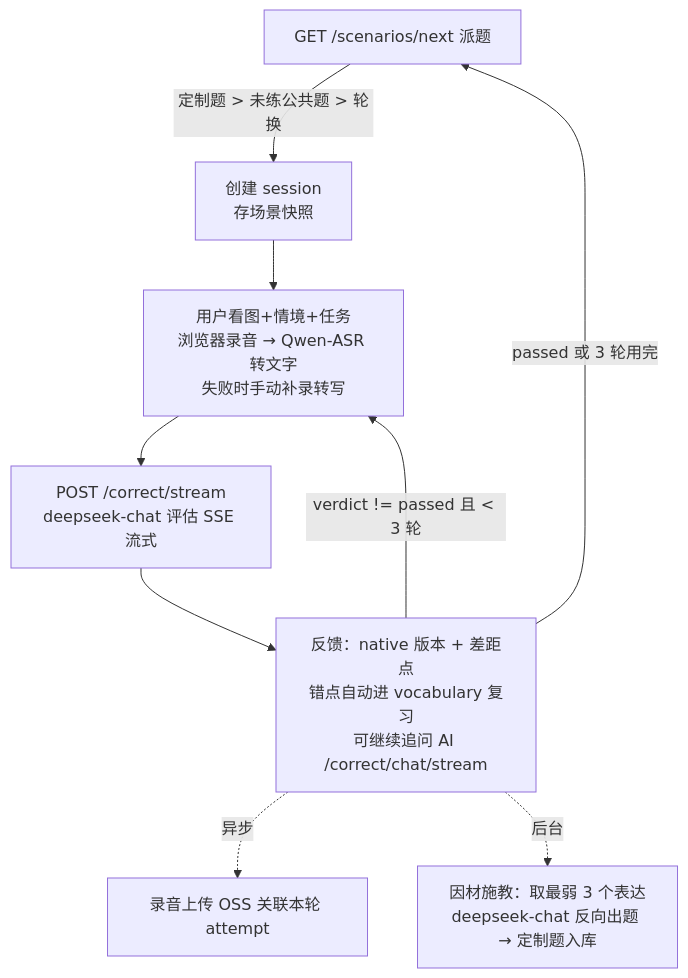
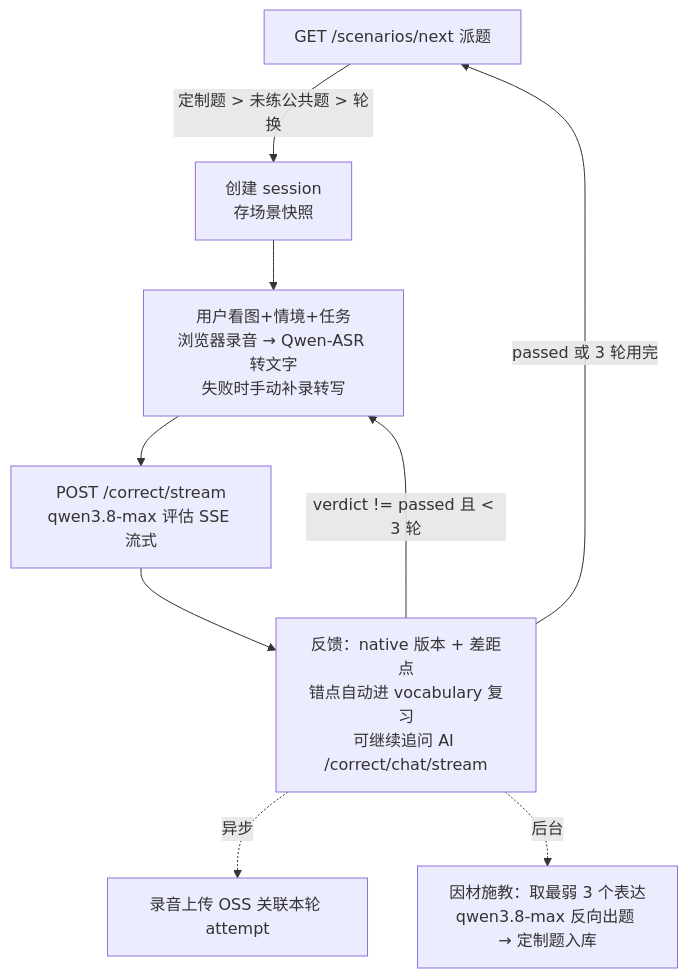
Before and after one commit to makewheels/speakup: the diagram in docs/design/scenario-mode.md, drawn with Mermaid. The commit also changed other lines of this file and 7 other files, not shown here.

````diff
--- a/docs/design/scenario-mode.md
+++ b/docs/design/scenario-mode.md
@@ -7,11 +7,11 @@
 ```mermaid
 flowchart TD
     A[GET /scenarios/next 派题] -->|定制题 > 未练公共题 > 轮换| B[创建 session<br/>存场景快照]
     B --> C[用户看图+情境+任务<br/>浏览器录音 → Qwen-ASR 转文字<br/>失败时手动补录转写]
-    C --> D[POST /correct/stream<br/>deepseek-chat 评估 SSE 流式]
+    C --> D[POST /correct/stream<br/>qwen3.8-max 评估 SSE 流式]
     D --> E[反馈：native 版本 + 差距点<br/>错点自动进 vocabulary 复习<br/>可继续追问 AI /correct/chat/stream]
     E -->|verdict != passed 且 < 3 轮| C
     E -->|passed 或 3 轮用完| A
     E -.异步.-> F[录音上传 OSS 关联本轮 attempt]
-    E -.后台.-> G[因材施教：取最弱 3 个表达<br/>deepseek-chat 反向出题 → 定制题入库]
+    E -.后台.-> G[因材施教：取最弱 3 个表达<br/>qwen3.8-max 反向出题 → 定制题入库]
 ```
````
